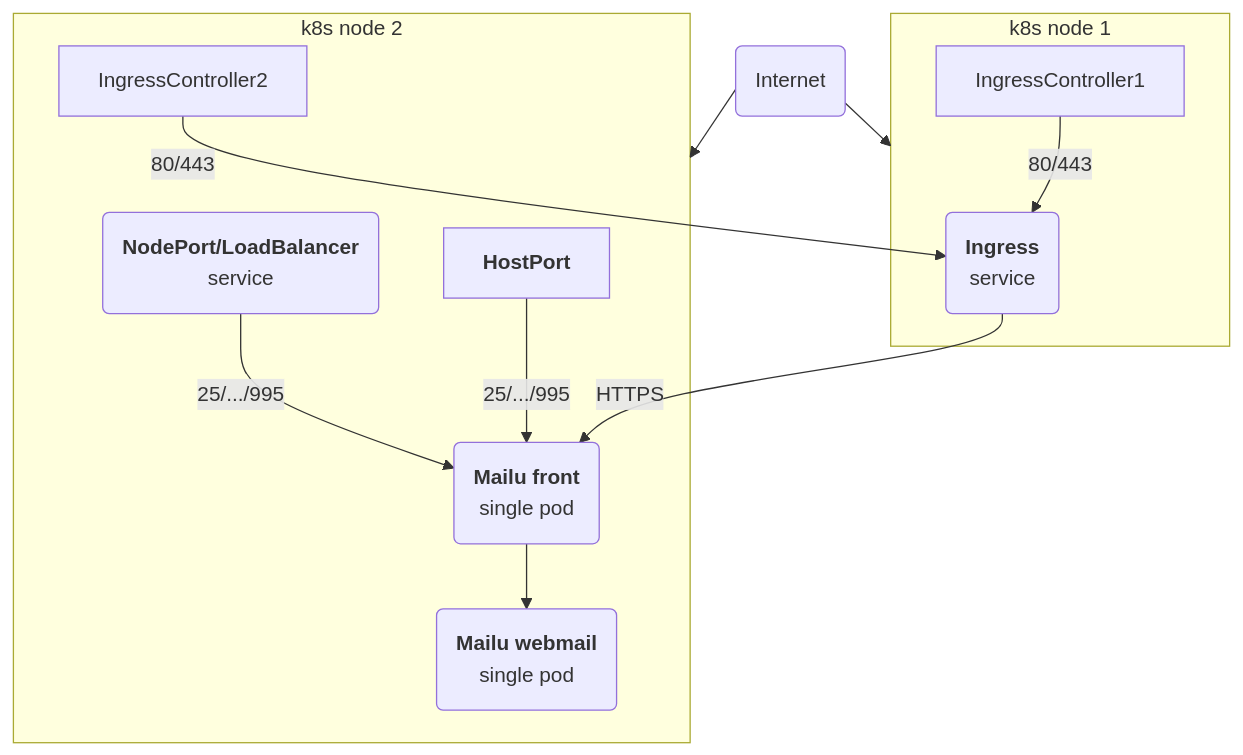
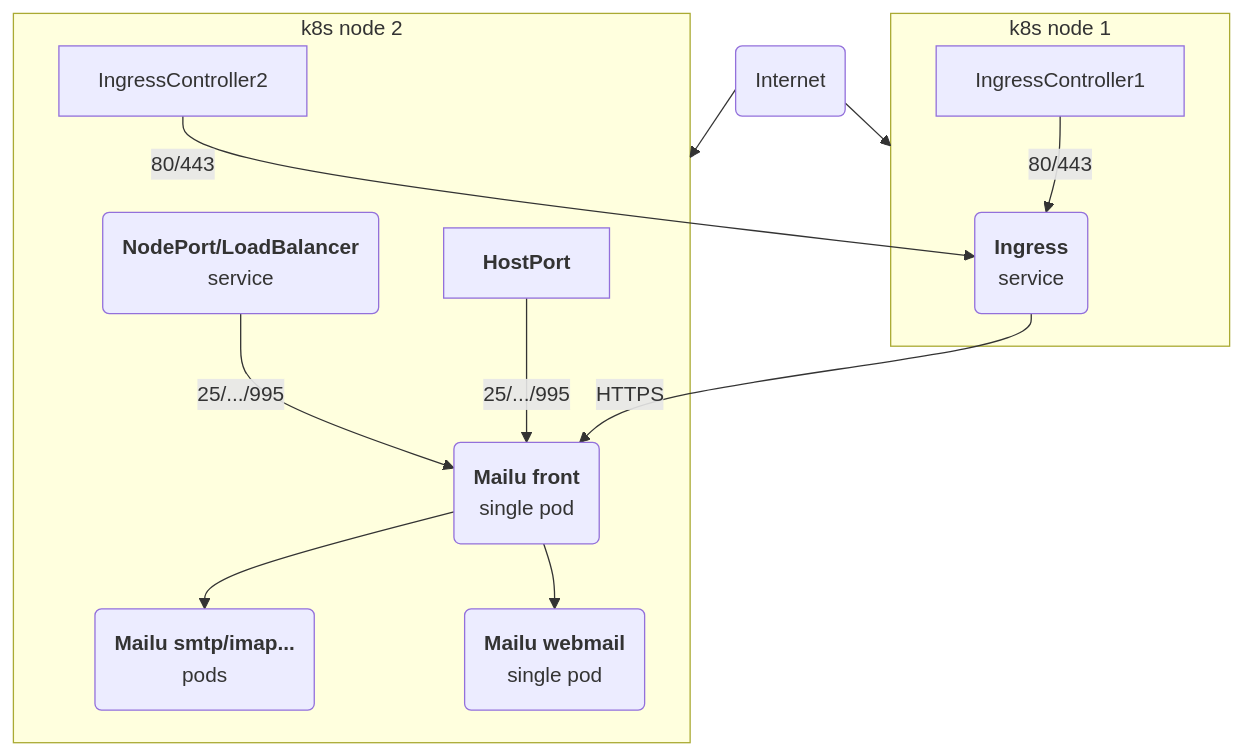
Before and after one commit to Mailu/helm-charts: the diagram in mailu/SETUPS.md, drawn with Mermaid.

Commit message:
:memo: add Mailu mail pods

````diff
--- a/mailu/SETUPS.md
+++ b/mailu/SETUPS.md
@@ -22,29 +22,34 @@
 ```mermaid
 flowchart TD
     %% entities
     Internet(Internet)
+    Ingress("`**Ingress**
+    service`")
     FrontService("`**NodePort/LoadBalancer**
     service`")
     Front("`**Mailu front**
     single pod`")
     Webmail("`**Mailu webmail**
     single pod`")
-    Ingress("`**Ingress**
-    service`")
+    MailServices("`**Mailu smtp/imap...**
+    pods`")
+
 
     Internet --> Node1
     Internet --> Node2
 
     subgraph Node1[k8s node 1]
         IngressController1 -- 80/443 --> Ingress
     end
 
     subgraph Node2[k8s node 2]
+        IngressController2 -- 80/443 --> Ingress
+
         FrontService -- 25/.../995 --> Front
         HostPort["`**HostPort**`"] -- 25/.../995 --> Front
+        Ingress -- HTTPS --> Front
 
-        IngressController2 -- 80/443 --> Ingress
-        Ingress -- HTTPS --> Front
+        Front --> MailServices
         Front --> Webmail
     end
 ```
````
